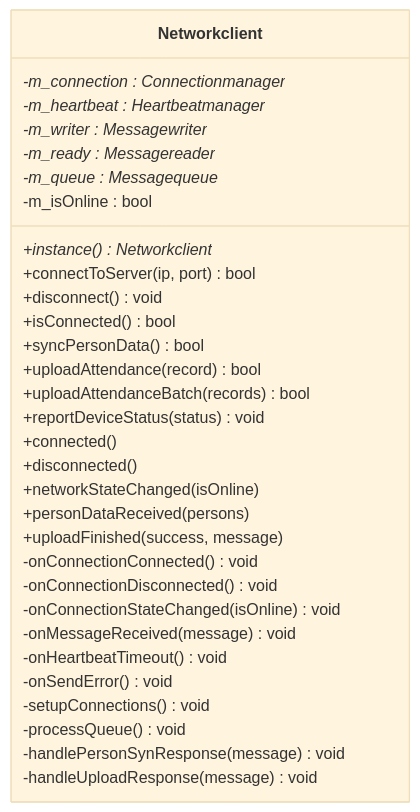
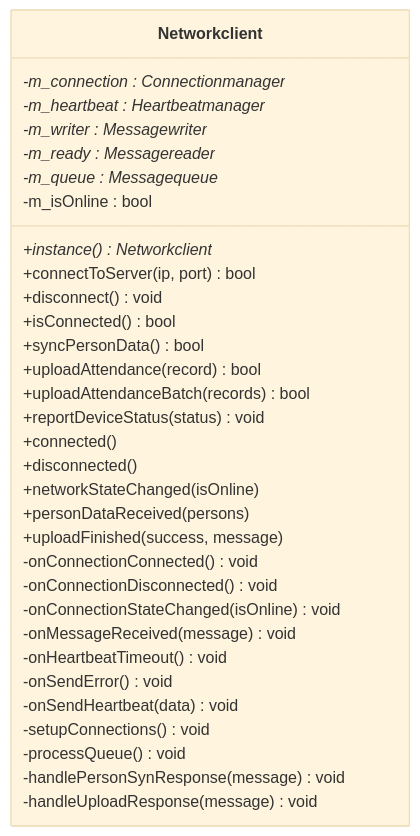
Before and after one commit to HeQiTZD/Triple-terminal-Attendance-Punching-System: the third of 10 diagrams in .qoder/repowiki/zh/content/核心模块/网络客户端模块/网络客户端核心.md, drawn with Mermaid (base theme). The commit also changed other lines of this file and 18 other files, not shown here.

````diff
--- a/.qoder/repowiki/zh/content/核心模块/网络客户端模块/网络客户端核心.md
+++ b/.qoder/repowiki/zh/content/核心模块/网络客户端模块/网络客户端核心.md
@@ -180,34 +189,35 @@
 ```mermaid
 classDiagram
 class Networkclient {
 +instance() Networkclient*
 +connectToServer(ip, port) bool
 +disconnect() void
 +isConnected() bool
 +syncPersonData() bool
 +uploadAttendance(record) bool
 +uploadAttendanceBatch(records) bool
 +reportDeviceStatus(status) void
 +connected()
 +disconnected()
 +networkStateChanged(isOnline)
 +personDataReceived(persons)
 +uploadFinished(success, message)
 -onConnectionConnected() void
 -onConnectionDisconnected() void
 -onConnectionStateChanged(isOnline) void
 -onMessageReceived(message) void
 -onHeartbeatTimeout() void
 -onSendError() void
+-onSendHeartbeat(data) void
 -setupConnections() void
 -processQueue() void
 -handlePersonSynResponse(message) void
 -handleUploadResponse(message) void
 -m_connection : Connectionmanager*
 -m_heartbeat : Heartbeatmanager*
 -m_writer : Messagewriter*
 -m_ready : Messagereader*
 -m_queue : Messagequeue*
 -m_isOnline : bool
 }
 ```
````
